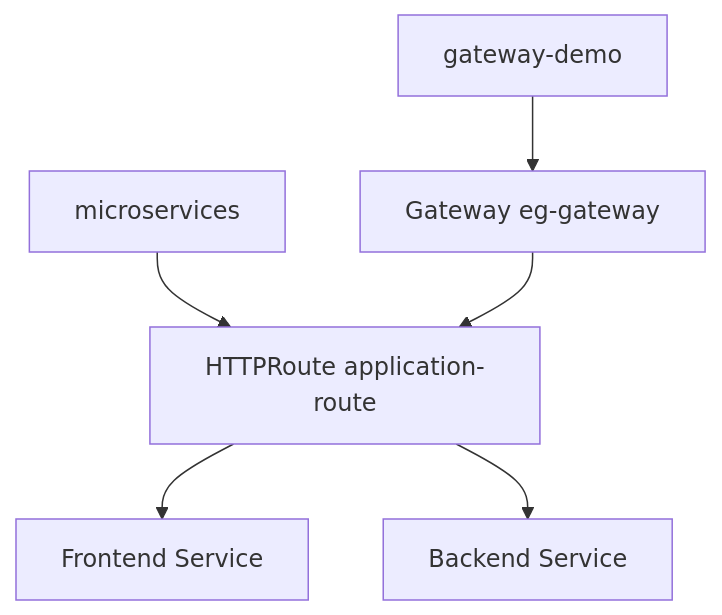
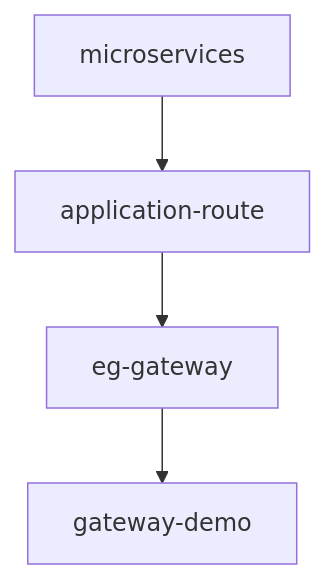
Before and after one commit to ahmed-sayed-devops/microservices-platform-gitops: the seventh of 18 diagrams in docs/03-gateway-api/README.md, drawn with Mermaid. The commit also changed other lines of this file, not shown here.

Commit message:
docs: update Gateway API documentation with TLS

````diff
--- a/docs/03-gateway-api/README.md
+++ b/docs/03-gateway-api/README.md
@@ -630,17 +419,11 @@
 ```mermaid
 graph TD
-    GatewayNamespace[gateway-demo]
-    Gateway[Gateway eg-gateway]
+    APPNS["microservices"]
+    ROUTE["application-route"]
+    GWNS["gateway-demo"]
+    GATEWAY["eg-gateway"]
 
-    AppNamespace[microservices]
-    Route[HTTPRoute application-route]
-
-    Frontend[Frontend Service]
-    Backend[Backend Service]
-
-    GatewayNamespace --> Gateway
-    AppNamespace --> Route
-    Gateway --> Route
-    Route --> Frontend
-    Route --> Backend
+    APPNS --> ROUTE
+    ROUTE --> GATEWAY
+    GATEWAY --> GWNS
 ```
````
